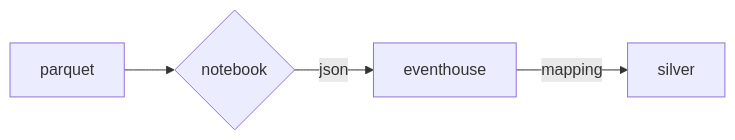
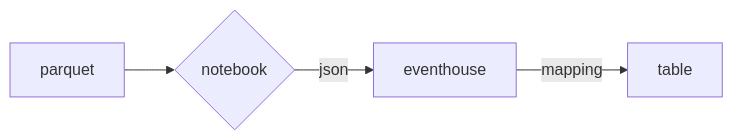
Before and after one commit to hfleitas/grouper: the diagram in README.md, drawn with Mermaid.

````diff
--- a/README.md
+++ b/README.md
@@ -8,6 +8,6 @@
 ```mermaid
 graph LR
    parquet-->nb
    nb{notebook}-->|json | eventhouse
-   eventhouse-->|mapping | silver
+   eventhouse-->|mapping | table
 ```
````
